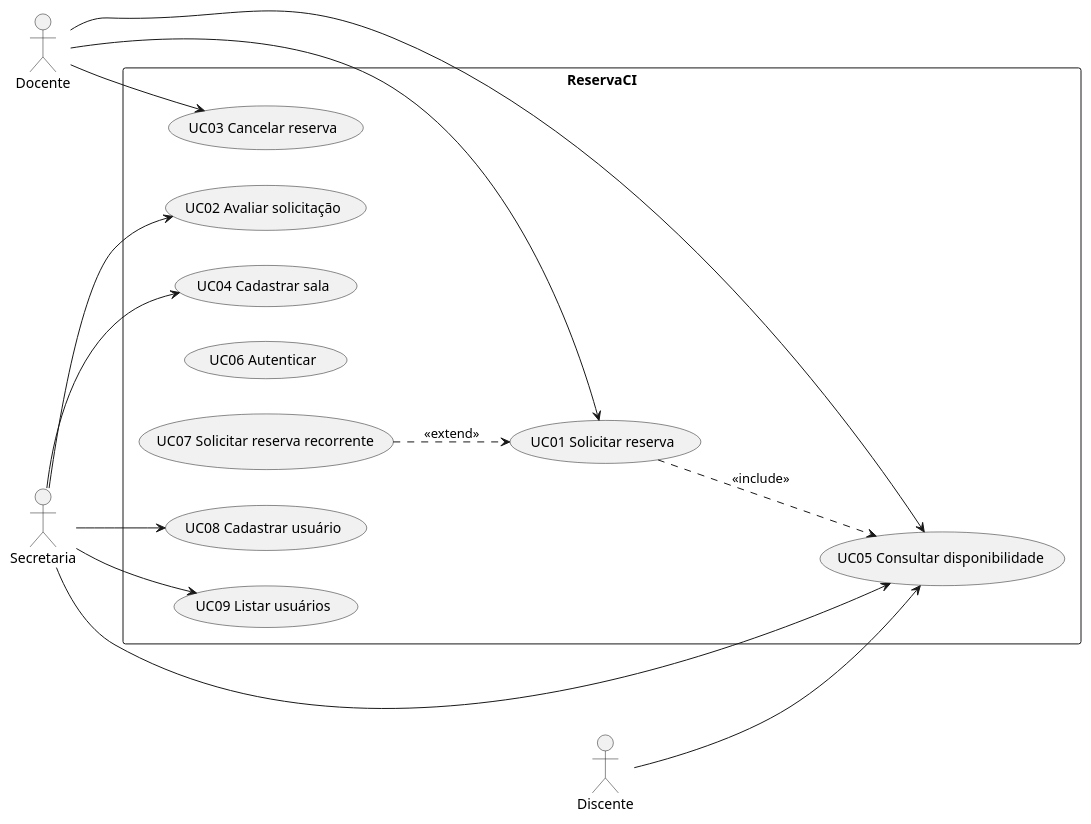
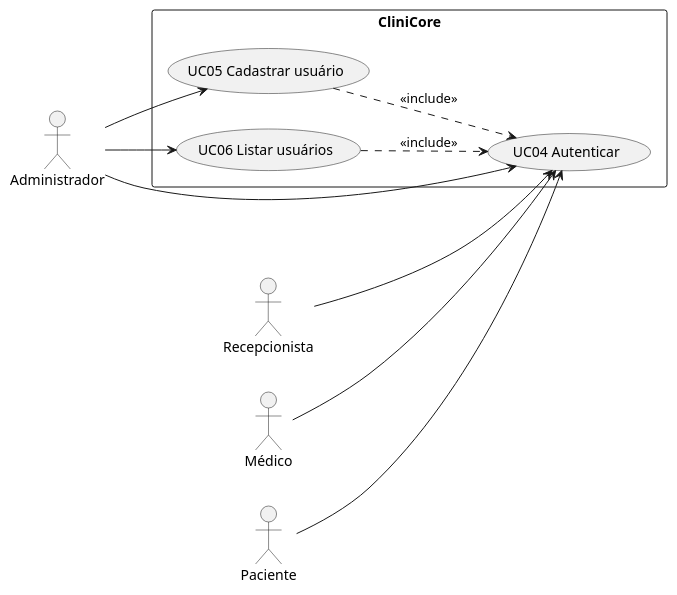
The diagram in docs/04-casos-de-uso/casos-de-uso.puml (beatrizmontenegro07/projeto-metodos), drawn with PlantUML before and after one commit. The commit also changed 9 other files, not shown here.

First line of the commit message:
docs: redraw user management diagrams for the new design

```diff
--- a/docs/04-casos-de-uso/casos-de-uso.puml
+++ b/docs/04-casos-de-uso/casos-de-uso.puml
@@ -1,32 +1,24 @@
 @startuml casos-de-uso
 left to right direction
 skinparam packageStyle rectangle
 
-actor Docente
-actor Secretaria
-actor Discente
+actor Administrador
+actor Recepcionista
+actor "Médico" as Medico
+actor Paciente
 
-rectangle ReservaCI {
-  usecase "UC01 Solicitar reserva" as UC01
-  usecase "UC02 Avaliar solicitação" as UC02
-  usecase "UC03 Cancelar reserva" as UC03
-  usecase "UC04 Cadastrar sala" as UC04
-  usecase "UC05 Consultar disponibilidade" as UC05
-  usecase "UC06 Autenticar" as UC06
-  usecase "UC07 Solicitar reserva recorrente" as UC07
-  usecase "UC08 Cadastrar usuário" as UC08
-  usecase "UC09 Listar usuários" as UC09
+rectangle CliniCore {
+  usecase "UC04 Autenticar" as UC04
+  usecase "UC05 Cadastrar usuário" as UC05
+  usecase "UC06 Listar usuários" as UC06
 }
 
-Docente --> UC01
-Docente --> UC03
-Docente --> UC05
-Discente --> UC05
-Secretaria --> UC02
-Secretaria --> UC04
-Secretaria --> UC05
-UC01 ..> UC05 : <<include>>
-UC07 ..> UC01 : <<extend>>
-Secretaria --> UC08
-Secretaria --> UC09
+Administrador --> UC05
+Administrador --> UC06
+Administrador --> UC04
+Recepcionista --> UC04
+Medico --> UC04
+Paciente --> UC04
+UC05 ..> UC04 : <<include>>
+UC06 ..> UC04 : <<include>>
 @enduml
```
